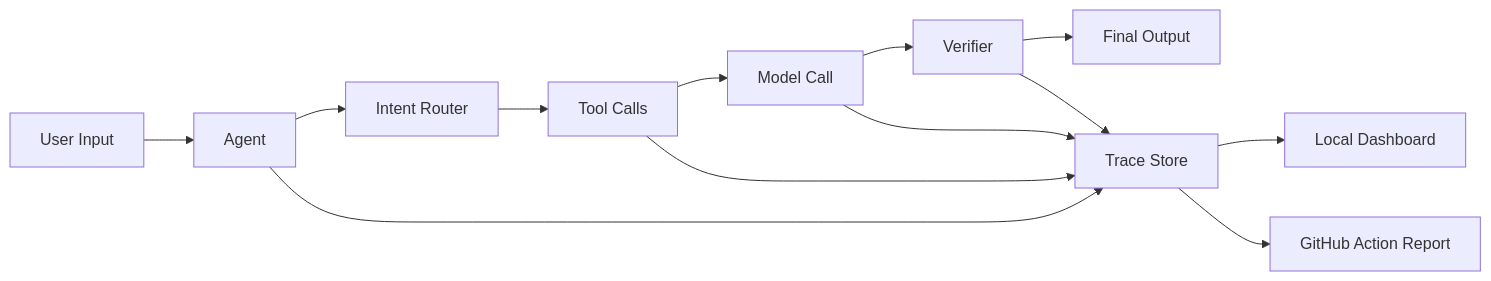
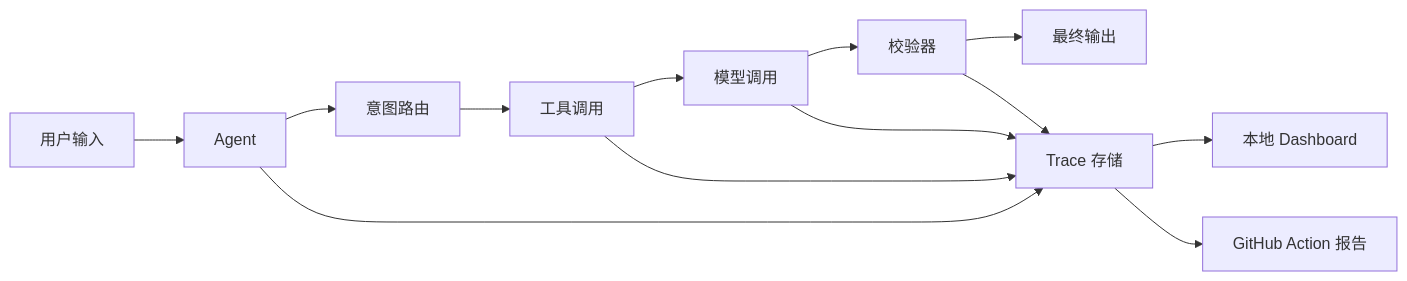
Before and after one commit to chasen2041maker/AgentOps-Lite: the diagram in README.md, drawn with Mermaid. The commit also changed other lines of this file, not shown here.

````diff
--- a/README.md
+++ b/README.md
@@ -104,16 +101,16 @@
 ```mermaid
 flowchart LR
-    A[User Input] --> B[Agent]
-    B --> C[Intent Router]
-    C --> D[Tool Calls]
-    D --> E[Model Call]
-    E --> F[Verifier]
-    F --> G[Final Output]
+    A[用户输入] --> B[Agent]
+    B --> C[意图路由]
+    C --> D[工具调用]
+    D --> E[模型调用]
+    E --> F[校验器]
+    F --> G[最终输出]
 
-    B --> T[Trace Store]
+    B --> T[Trace 存储]
     D --> T
     E --> T
     F --> T
-    T --> H[Local Dashboard]
-    T --> I[GitHub Action Report]
+    T --> H[本地 Dashboard]
+    T --> I[GitHub Action 报告]
 ```
````
